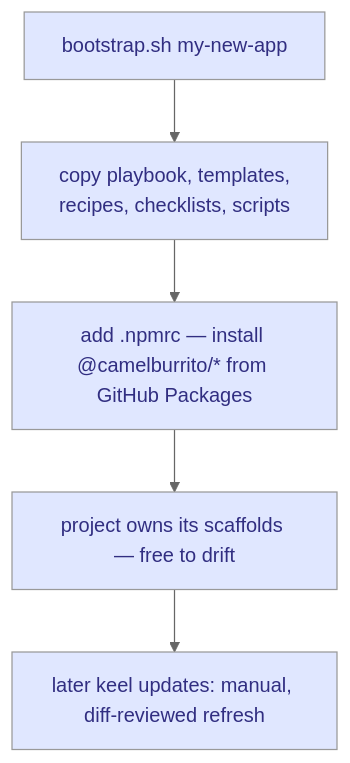
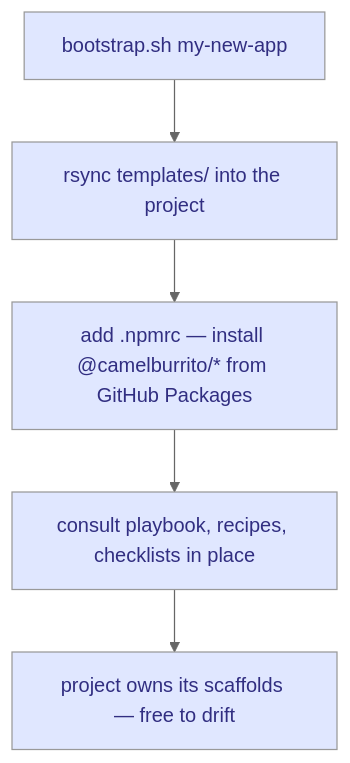
Before and after one commit to camelburrito/keel: the second of 3 diagrams in docs/architecture/baseline-and-upstreaming.md, drawn with Mermaid (neutral theme). The commit also changed other lines of this file and 2 other files, not shown here.

First line of the commit message:
fix(ralph): close PR #6 iteration 01 finding — bootstrap distribution accuracy

````diff
--- a/docs/architecture/baseline-and-upstreaming.md
+++ b/docs/architecture/baseline-and-upstreaming.md
@@ -44,9 +46,9 @@
 ```mermaid
 flowchart TD
-    START["bootstrap.sh my-new-app"] --> COPY["copy playbook, templates,<br/>recipes, checklists, scripts"]
+    START["bootstrap.sh my-new-app"] --> COPY["rsync templates/ into the project"]
     COPY --> NPM["add .npmrc — install @camelburrito/* from GitHub Packages"]
-    NPM --> OWN["project owns its scaffolds — free to drift"]
-    OWN --> REFRESH["later keel updates: manual, diff-reviewed refresh"]
+    NPM --> REF["consult playbook, recipes, checklists in place"]
+    REF --> OWN["project owns its scaffolds — free to drift"]
     classDef step fill:#e0e7ff,color:#312e81
-    class START,COPY,NPM,OWN,REFRESH step
+    class START,COPY,NPM,REF,OWN step
 ```
````
